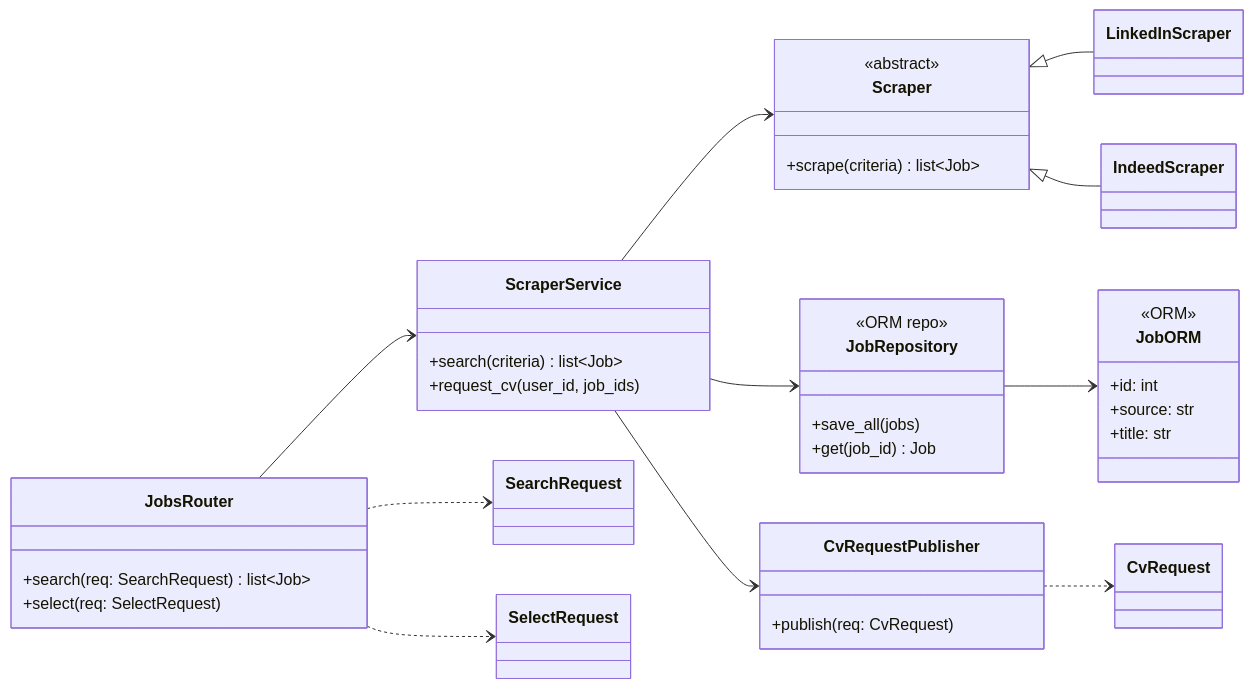
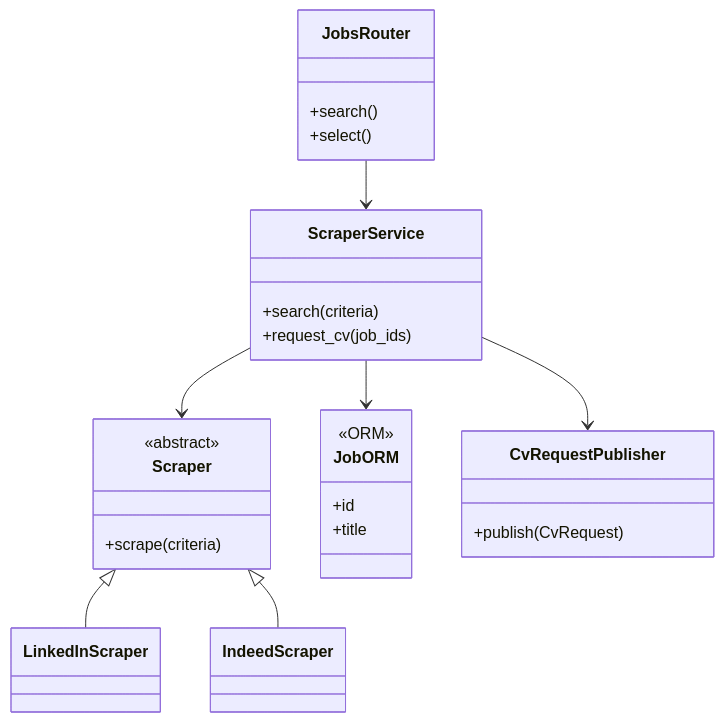
One commit to Tooltu-deve/Autonomous-Career-Agent changed the fifth of 9 diagrams in docs/CLASS_DIAGRAM.md. Above: the diagram before and after it, drawn with Mermaid. The commit also changed other lines of this file, not shown here.

Commit message:
docs: simplify class diagrams to core classes per component

````diff
--- a/docs/CLASS_DIAGRAM.md
+++ b/docs/CLASS_DIAGRAM.md
@@ -216,46 +136,29 @@
 ```mermaid
 classDiagram
-    direction LR
     class JobsRouter {
-        +search(req: SearchRequest) list~Job~
-        +select(req: SelectRequest)
+        +search()
+        +select()
+    }
+    class ScraperService {
+        +search(criteria)
+        +request_cv(job_ids)
     }
     class Scraper {
         <<abstract>>
-        +scrape(criteria) list~Job~
+        +scrape(criteria)
     }
-    class LinkedInScraper
-    class IndeedScraper
     Scraper <|-- LinkedInScraper
     Scraper <|-- IndeedScraper
-
-    class ScraperService {
-        +search(criteria) list~Job~
-        +request_cv(user_id, job_ids)
-    }
-    class JobRepository {
-        <<ORM repo>>
-        +save_all(jobs)
-        +get(job_id) Job
+    class JobORM {
+        <<ORM>>
+        +id
+        +title
     }
     class CvRequestPublisher {
-        +publish(req: CvRequest)
+        +publish(CvRequest)
     }
-    class JobORM {
-        <<ORM>>
-        +id: int
-        +source: str
-        +title: str
-    }
-    class SearchRequest
-    class SelectRequest
-
     JobsRouter --> ScraperService
     ScraperService --> Scraper
-    ScraperService --> JobRepository
+    ScraperService --> JobORM
     ScraperService --> CvRequestPublisher
-    JobRepository --> JobORM
-    CvRequestPublisher ..> CvRequest
-    JobsRouter ..> SearchRequest
-    JobsRouter ..> SelectRequest
 ```
````
